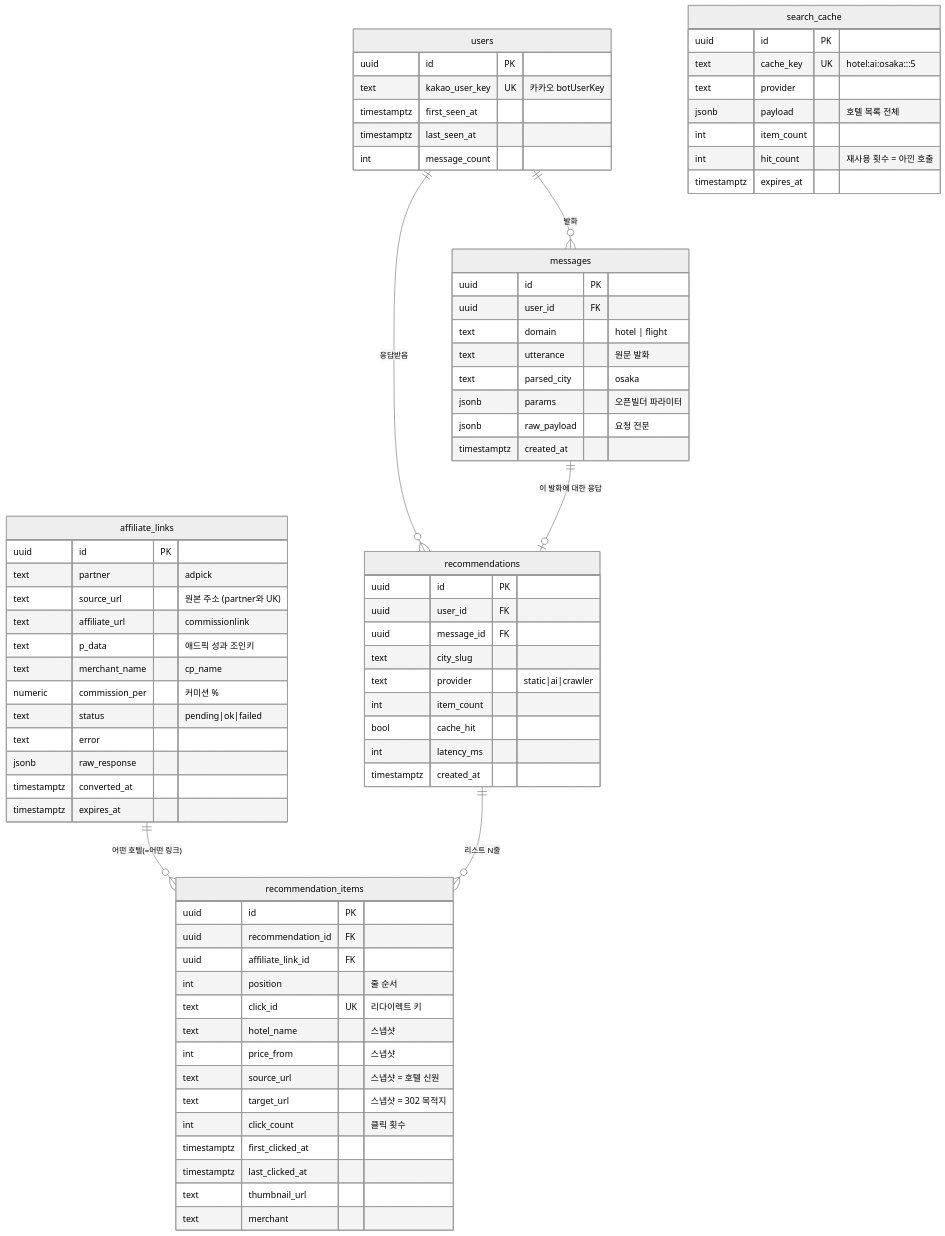
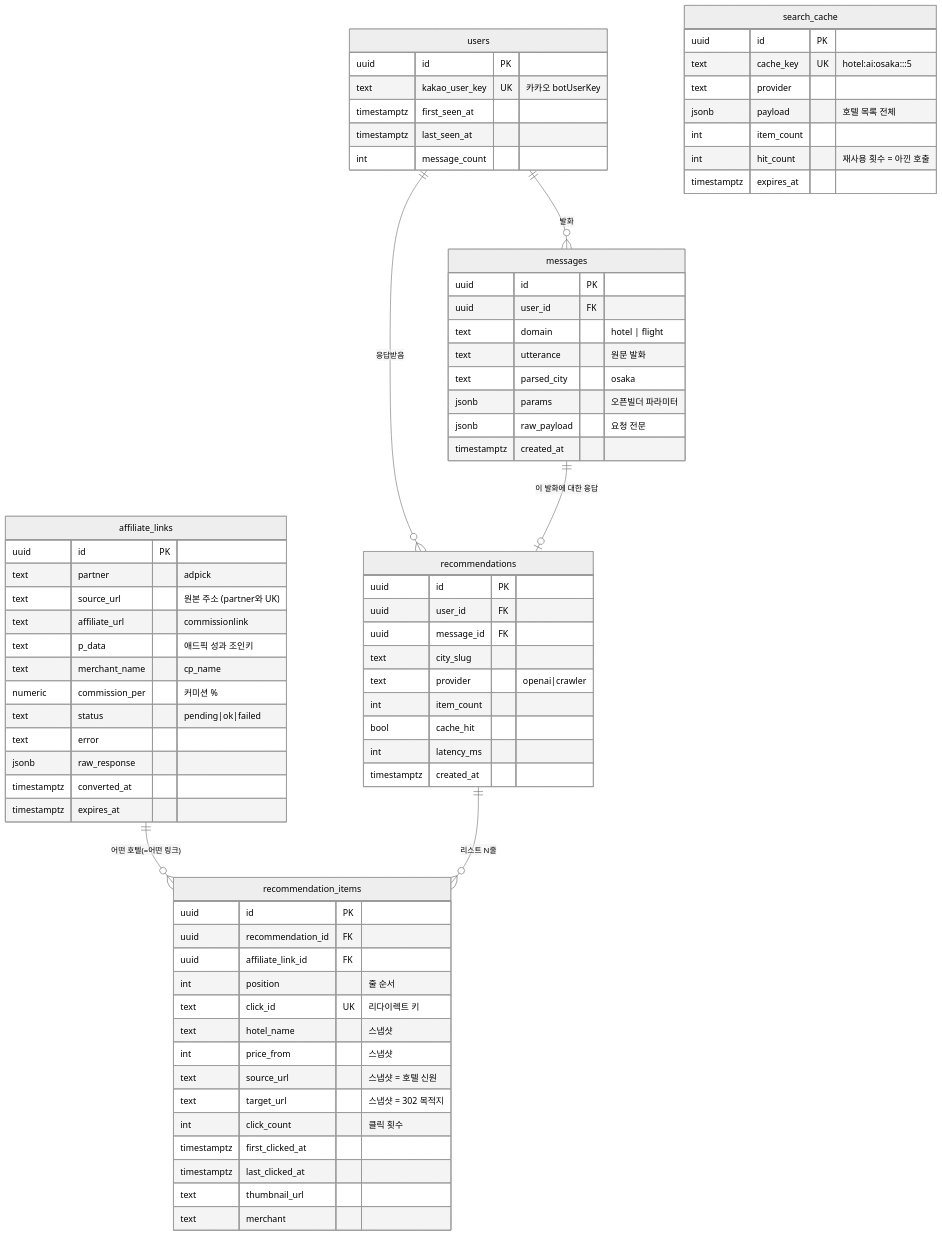
One commit to kcjfgnl9205/travel-chatbot-app changed the second of 2 diagrams in docs/DB.md. Above: the diagram before and after it, drawn with Mermaid (neutral theme). The commit also changed other lines of this file and 31 other files, not shown here.

````diff
--- a/docs/DB.md
+++ b/docs/DB.md
@@ -65,76 +65,76 @@
 ```mermaid
 erDiagram
     users ||--o{ messages : "발화"
     users ||--o{ recommendations : "응답받음"
     messages ||--o| recommendations : "이 발화에 대한 응답"
     affiliate_links ||--o{ recommendation_items : "어떤 호텔(=어떤 링크)"
     recommendations ||--o{ recommendation_items : "리스트 N줄"
 
     users {
         uuid id PK
         text kakao_user_key UK "카카오 botUserKey"
         timestamptz first_seen_at
         timestamptz last_seen_at
         int message_count
     }
     messages {
         uuid id PK
         uuid user_id FK
         text domain "hotel | flight"
         text utterance "원문 발화"
         text parsed_city "osaka"
         jsonb params "오픈빌더 파라미터"
         jsonb raw_payload "요청 전문"
         timestamptz created_at
     }
     affiliate_links {
         uuid id PK
         text partner "adpick"
         text source_url "원본 주소 (partner와 UK)"
         text affiliate_url "commissionlink"
         text p_data "애드픽 성과 조인키"
         text merchant_name "cp_name"
         numeric commission_per "커미션 %"
         text status "pending|ok|failed"
         text error
         jsonb raw_response
         timestamptz converted_at
         timestamptz expires_at
     }
     search_cache {
         uuid id PK
         text cache_key UK "hotel:ai:osaka:::5"
         text provider
         jsonb payload "호텔 목록 전체"
         int item_count
         int hit_count "재사용 횟수 = 아낀 호출"
         timestamptz expires_at
     }
     recommendations {
         uuid id PK
         uuid user_id FK
         uuid message_id FK
         text city_slug
-        text provider "static|ai|crawler"
+        text provider "openai|crawler"
         int item_count
         bool cache_hit
         int latency_ms
         timestamptz created_at
     }
     recommendation_items {
         uuid id PK
         uuid recommendation_id FK
         uuid affiliate_link_id FK
         int position "줄 순서"
         text click_id UK "리다이렉트 키"
         text hotel_name "스냅샷"
         int price_from "스냅샷"
         text source_url "스냅샷 = 호텔 신원"
         text target_url "스냅샷 = 302 목적지"
         int click_count "클릭 횟수"
         timestamptz first_clicked_at
         timestamptz last_clicked_at
         text thumbnail_url
         text merchant
     }
 ```
````
